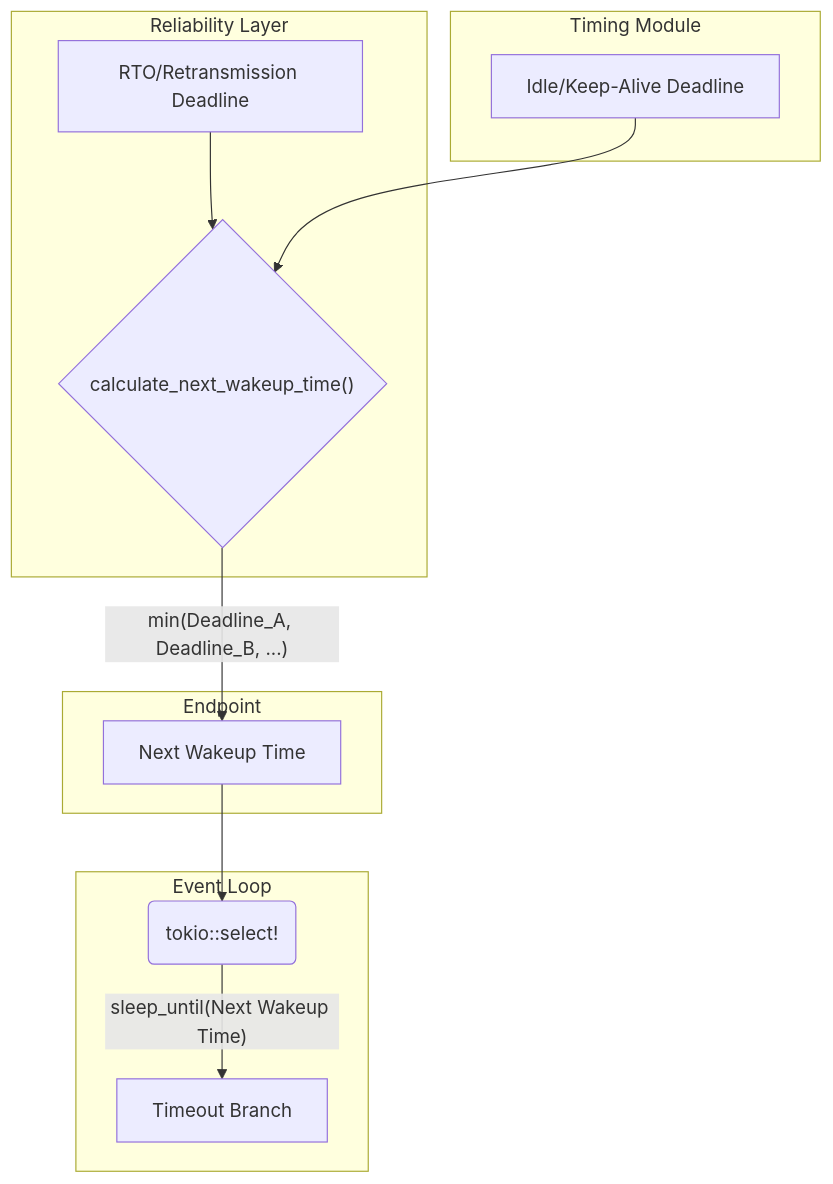
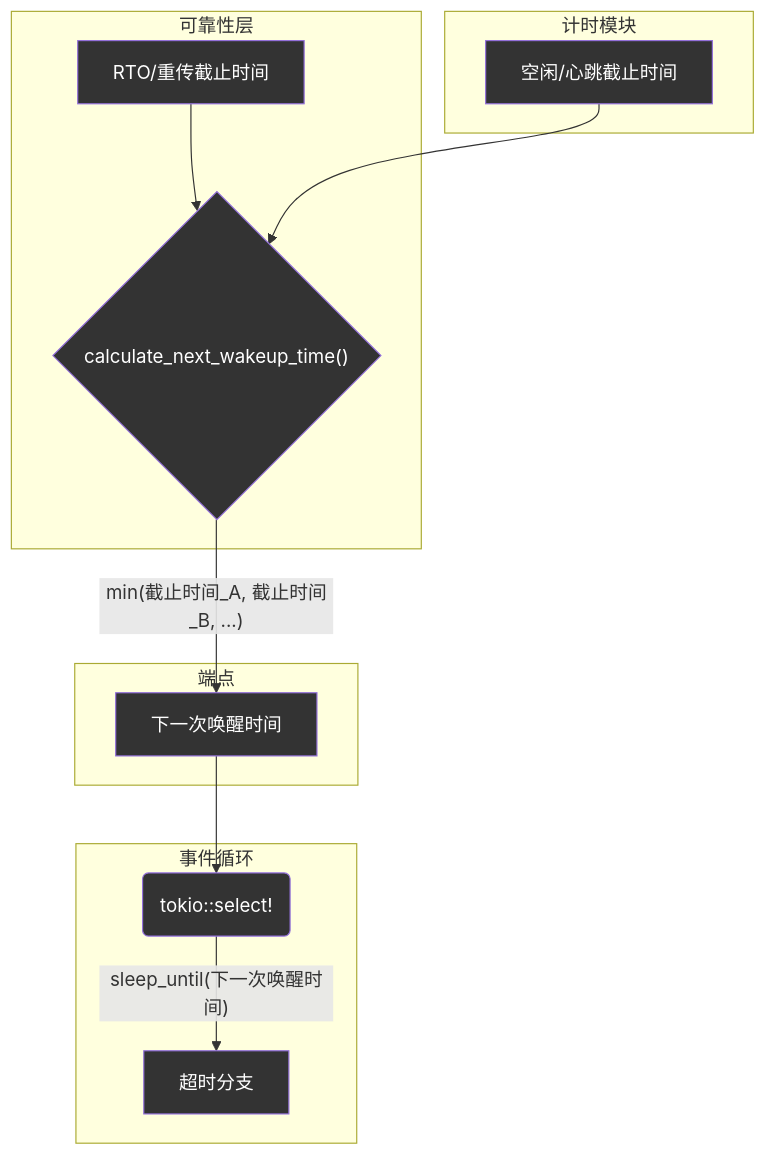
One commit to ShaoG-R/kestrel-protocol changed the diagram in docs/src/dev-docs/components/endpoint/timing.md. Above: the diagram before and after it, drawn with Mermaid. The commit also changed 5 other files, not shown here.

````diff
--- a/docs/src/dev-docs/components/endpoint/timing.md
+++ b/docs/src/dev-docs/components/endpoint/timing.md
@@ -78,20 +78,27 @@
 ```mermaid
 graph TD
-    subgraph "Reliability Layer"
-        A[RTO/Retransmission Deadline] --> C
+    subgraph "可靠性层"
+        A[RTO/重传截止时间] --> C
     end
     
-    subgraph "Timing Module"
-        B[Idle/Keep-Alive Deadline] --> C
+    subgraph "计时模块"
+        B[空闲/心跳截止时间] --> C
     end
     
-    subgraph "Endpoint"
-         C{"calculate_next_wakeup_time()"} -- "min(Deadline_A, Deadline_B, ...)" --> D[Next Wakeup Time]
+    subgraph "端点"
+         C{"calculate_next_wakeup_time()"} -- "min(截止时间_A, 截止时间_B, ...)" --> D[下一次唤醒时间]
     end
     
-    subgraph "Event Loop"
-        E(tokio::select!) -- "sleep_until(Next Wakeup Time)" --> F[Timeout Branch]
+    subgraph "事件循环"
+        E(tokio::select!) -- "sleep_until(下一次唤醒时间)" --> F[超时分支]
     end
 
     D --> E
+
+    style A fill:#333,color:#fff
+    style B fill:#333,color:#fff
+    style C fill:#333,color:#fff
+    style D fill:#333,color:#fff
+    style E fill:#333,color:#fff
+    style F fill:#333,color:#fff
 ```
````
